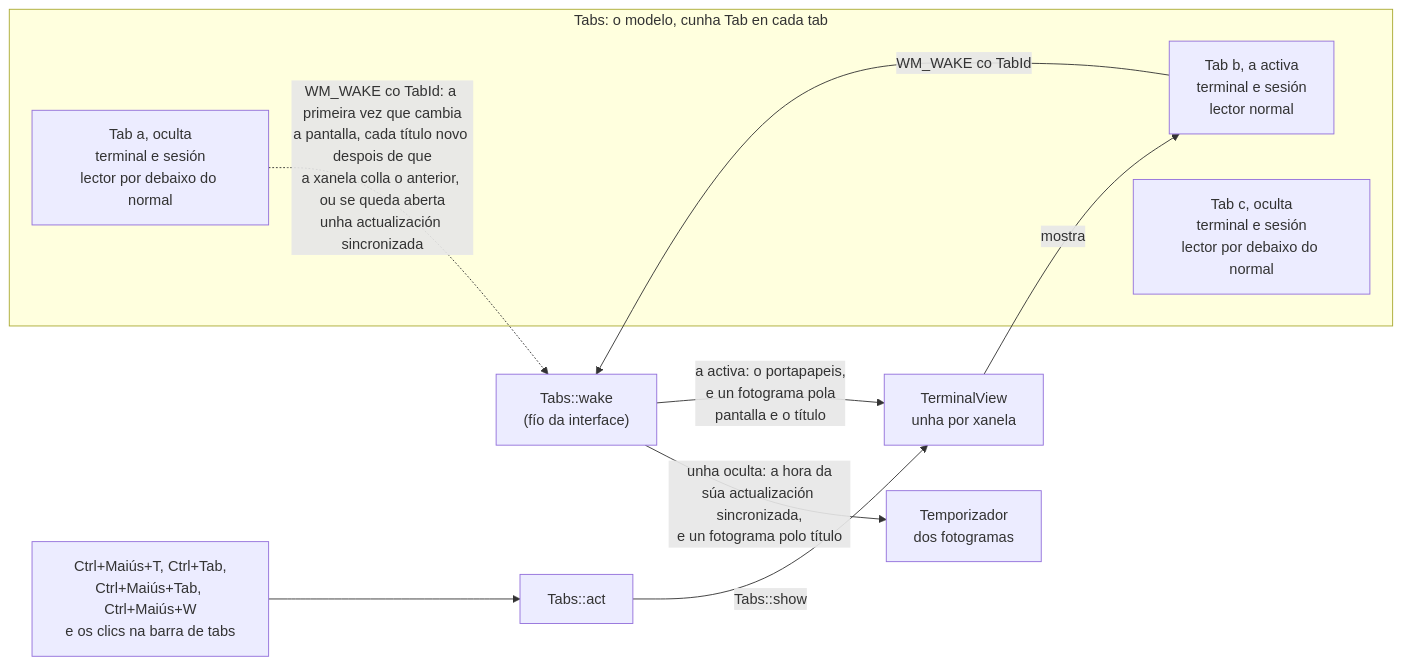
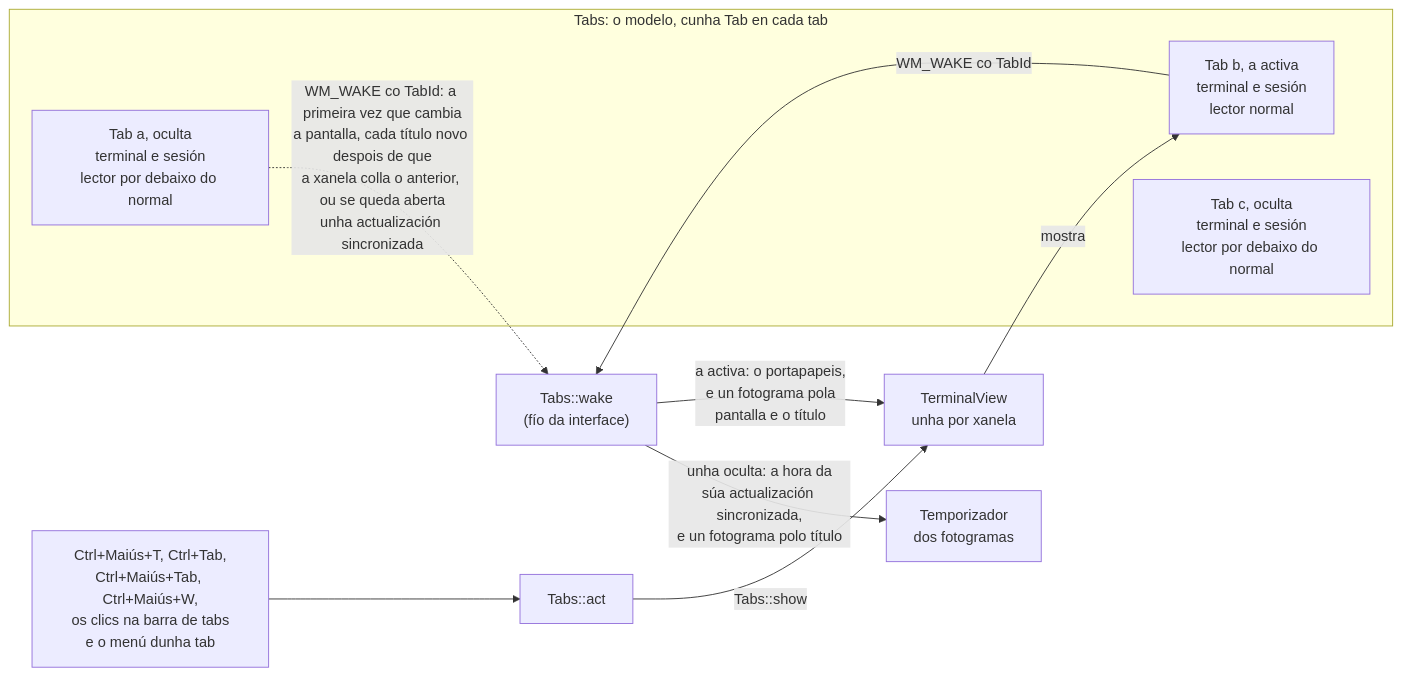
Diagram 12 of 17 in docs/arquitectura.md (NewHouses/meiga), drawn with Mermaid before and after one commit. The commit also changed other lines of this file and 29 other files, not shown here.

````diff
--- a/docs/arquitectura.md
+++ b/docs/arquitectura.md
@@ -328,15 +328,15 @@
 ```mermaid
 flowchart LR
     subgraph model["Tabs: o modelo, cunha Tab en cada tab"]
         a["Tab a, oculta<br/>terminal e sesión<br/>lector por debaixo do normal"]
         b["Tab b, a activa<br/>terminal e sesión<br/>lector normal"]
         c["Tab c, oculta<br/>terminal e sesión<br/>lector por debaixo do normal"]
     end
     view["TerminalView<br/>unha por xanela"] -- "mostra" --> b
     b -- "WM_WAKE co TabId" --> ui["Tabs::wake<br/>(fío da interface)"]
     a -. "WM_WAKE co TabId: a primeira vez que cambia<br/>a pantalla, cada título novo despois de que<br/>a xanela colla o anterior, ou se queda aberta<br/>unha actualización sincronizada" .-> ui
     ui -- "a activa: o portapapeis,<br/>e un fotograma pola<br/>pantalla e o título" --> view
     ui -- "unha oculta: a hora da<br/>súa actualización sincronizada,<br/>e un fotograma polo título" --> timer["Temporizador<br/>dos fotogramas"]
-    keys["Ctrl+Maiús+T, Ctrl+Tab,<br/>Ctrl+Maiús+Tab, Ctrl+Maiús+W<br/>e os clics na barra de tabs"] --> act["Tabs::act"]
+    keys["Ctrl+Maiús+T, Ctrl+Tab,<br/>Ctrl+Maiús+Tab, Ctrl+Maiús+W,<br/>os clics na barra de tabs<br/>e o menú dunha tab"] --> act["Tabs::act"]
     act -- "Tabs::show" --> view
 ```
````
